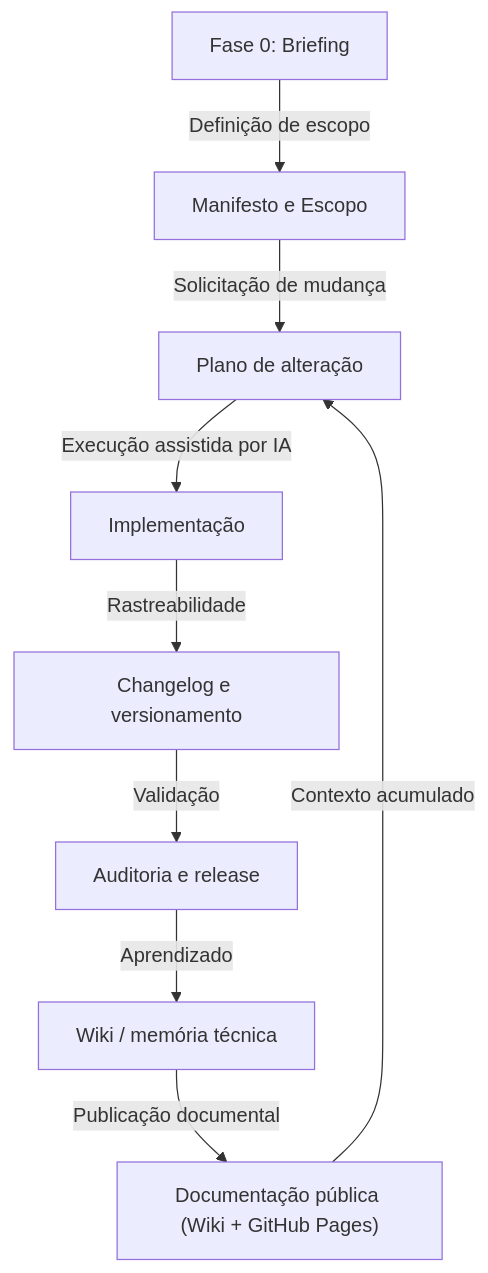
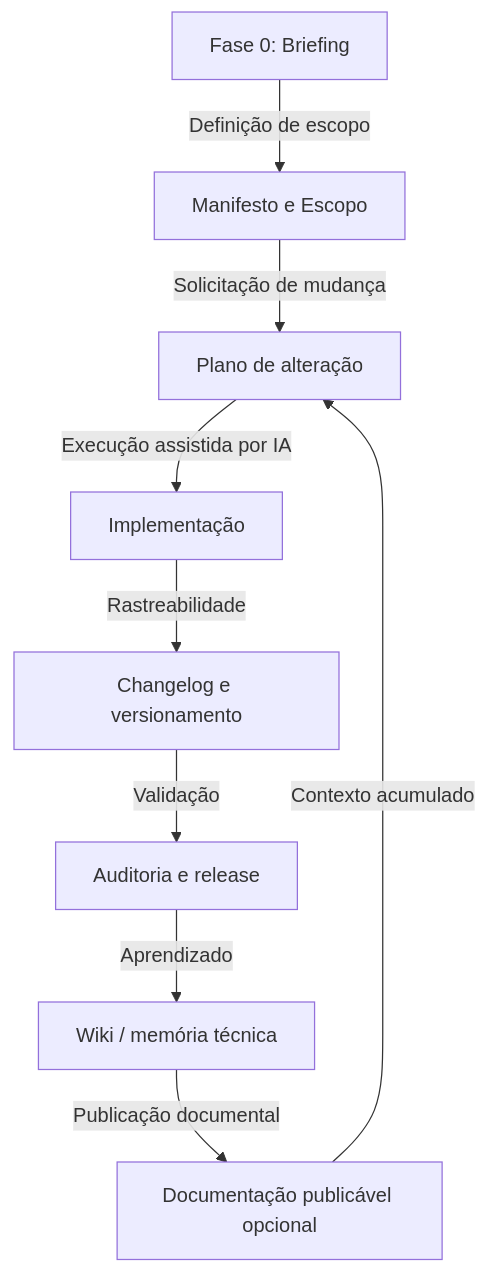
The first of 2 diagrams in FCVW/README.md (Sistema2D/FrameCode-VibeWork), drawn with Mermaid before and after one commit. The commit also changed other lines of this file and 1 other file, not shown here.

````diff
--- a/FCVW/README.md
+++ b/FCVW/README.md
@@ -17,11 +17,11 @@
 ```mermaid
 graph TD
     A["Fase 0: Briefing"] -->|"Definição de escopo"| B["Manifesto e Escopo"]
     B -->|"Solicitação de mudança"| C["Plano de alteração"]
     C -->|"Execução assistida por IA"| D["Implementação"]
     D -->|"Rastreabilidade"| E["Changelog e versionamento"]
     E -->|"Validação"| F["Auditoria e release"]
     F -->|"Aprendizado"| G["Wiki / memória técnica"]
-    G -->|"Publicação documental"| H["Documentação pública (Wiki + GitHub Pages)"]
+    G -->|"Publicação documental"| H["Documentação publicável opcional"]
     H -->|"Contexto acumulado"| C
 ```
````
